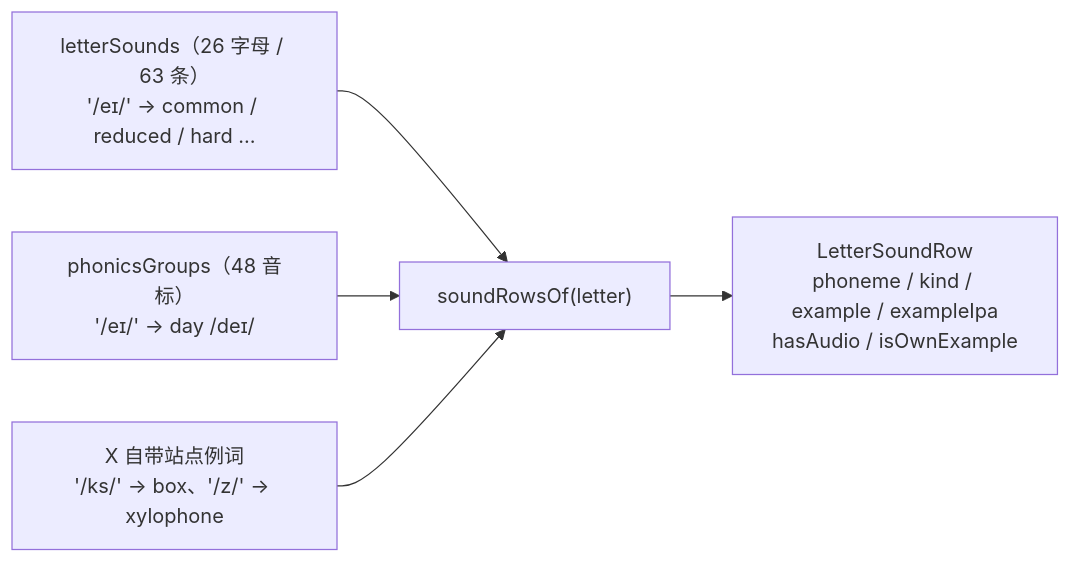
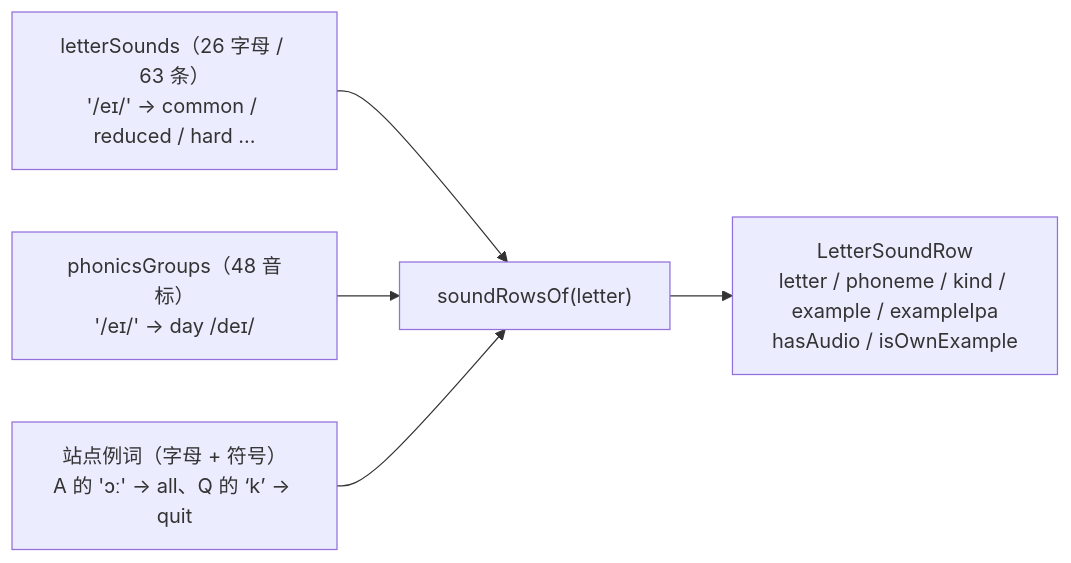
One commit to kindywu/contexta changed the second of 7 diagrams in impl/app/flutter/docs/reference-alphabet.md. Above: the diagram before and after it, drawn with Mermaid. The commit also changed other lines of this file and 35 other files, not shown here.

````diff
--- a/impl/app/flutter/docs/reference-alphabet.md
+++ b/impl/app/flutter/docs/reference-alphabet.md
@@ -55,7 +56,7 @@
 ```mermaid
 flowchart LR
     A["letterSounds（26 字母 / 63 条）<br/>'/eɪ/' → common / reduced / hard …"] --> C["soundRowsOf(letter)"]
     B["phonicsGroups（48 音标）<br/>'/eɪ/' → day /deɪ/"] --> C
-    C --> D["LetterSoundRow<br/>phoneme / kind / example / exampleIpa<br/>hasAudio / isOwnExample"]
-    E["X 自带站点例词<br/>'/ks/' → box、'/z/' → xylophone"] --> C
+    C --> D["LetterSoundRow<br/>letter / phoneme / kind / example / exampleIpa<br/>hasAudio / isOwnExample"]
+    E["站点例词（字母 + 符号）<br/>A 的 'ɔː' → all、Q 的 ‘k’ → quit"] --> C
 ```
````
